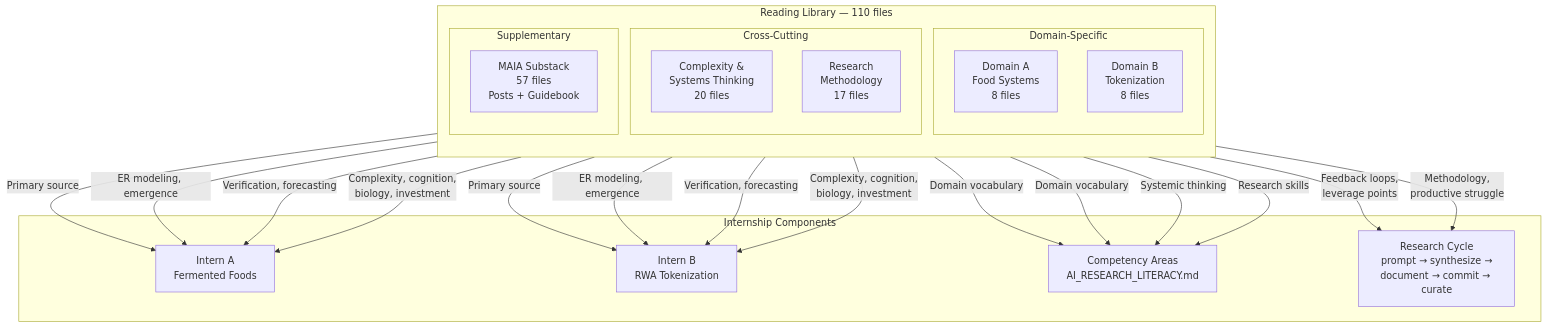
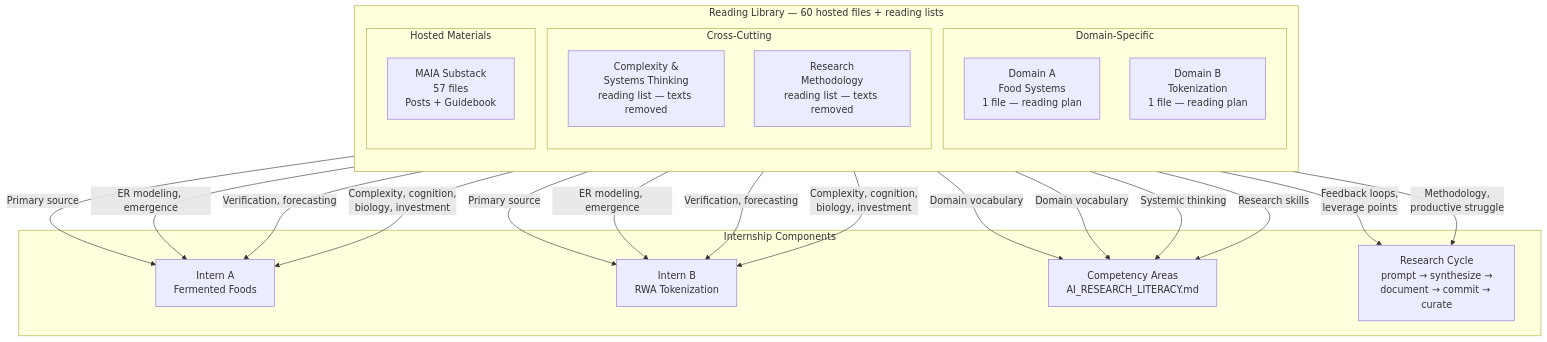
One commit to Axolotl-Research/AI_Tools changed the diagram in docs/diagrams/flowchart-library-structure.md. Above: the diagram before and after it, drawn with Mermaid. The commit also changed other lines of this file and 47 other files, not shown here.

````diff
--- a/docs/diagrams/flowchart-library-structure.md
+++ b/docs/diagrams/flowchart-library-structure.md
@@ -7,44 +7,44 @@
 ```mermaid
 flowchart TD
-    subgraph Library["Reading Library — 110 files"]
+    subgraph Library["Reading Library — 60 hosted files + reading lists"]
         direction TB
 
         subgraph DomainFolders["Domain-Specific"]
-            DA[Domain A<br/>Food Systems<br/>8 files]
-            DB[Domain B<br/>Tokenization<br/>8 files]
+            DA[Domain A<br/>Food Systems<br/>1 file — reading plan]
+            DB[Domain B<br/>Tokenization<br/>1 file — reading plan]
         end
 
         subgraph CrossCutting["Cross-Cutting"]
-            CST[Complexity &<br/>Systems Thinking<br/>20 files]
-            RM[Research<br/>Methodology<br/>17 files]
+            CST[Complexity &<br/>Systems Thinking<br/>reading list — texts removed]
+            RM[Research<br/>Methodology<br/>reading list — texts removed]
         end
 
-        subgraph Supplementary["Supplementary"]
+        subgraph Supplementary["Hosted Materials"]
             MAIA[MAIA Substack<br/>57 files<br/>Posts + Guidebook]
         end
     end
 
     subgraph Program["Internship Components"]
         DIR[Intern A<br/>Fermented Foods]
         DIR2[Intern B<br/>RWA Tokenization]
         COMP[Competency Areas<br/>AI_RESEARCH_LITERACY.md]
         CYCLE[Research Cycle<br/>prompt → synthesize →<br/>document → commit → curate]
     end
 
     DA -->|Primary source| DIR
     DB -->|Primary source| DIR2
     CST -->|ER modeling, emergence| DIR
     CST -->|ER modeling, emergence| DIR2
     RM -->|Verification, forecasting| DIR
     RM -->|Verification, forecasting| DIR2
     MAIA -->|Complexity, cognition,<br/>biology, investment| DIR
     MAIA -->|Complexity, cognition,<br/>biology, investment| DIR2
 
     DA -->|Domain vocabulary| COMP
     DB -->|Domain vocabulary| COMP
     CST -->|Systemic thinking| COMP
     RM -->|Research skills| COMP
 
     CST -->|Feedback loops,<br/>leverage points| CYCLE
     RM -->|Methodology,<br/>productive struggle| CYCLE
 ```
````
